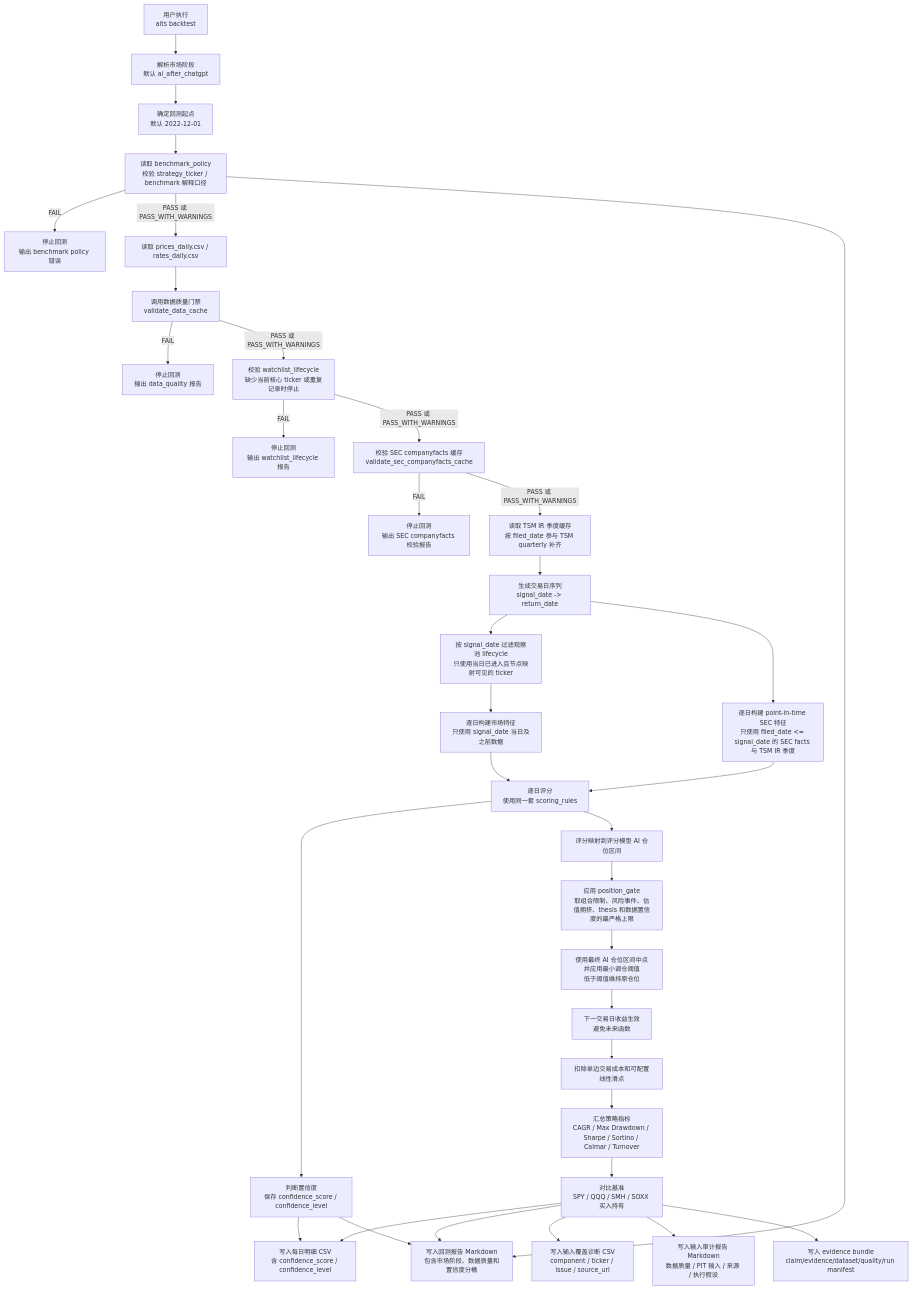
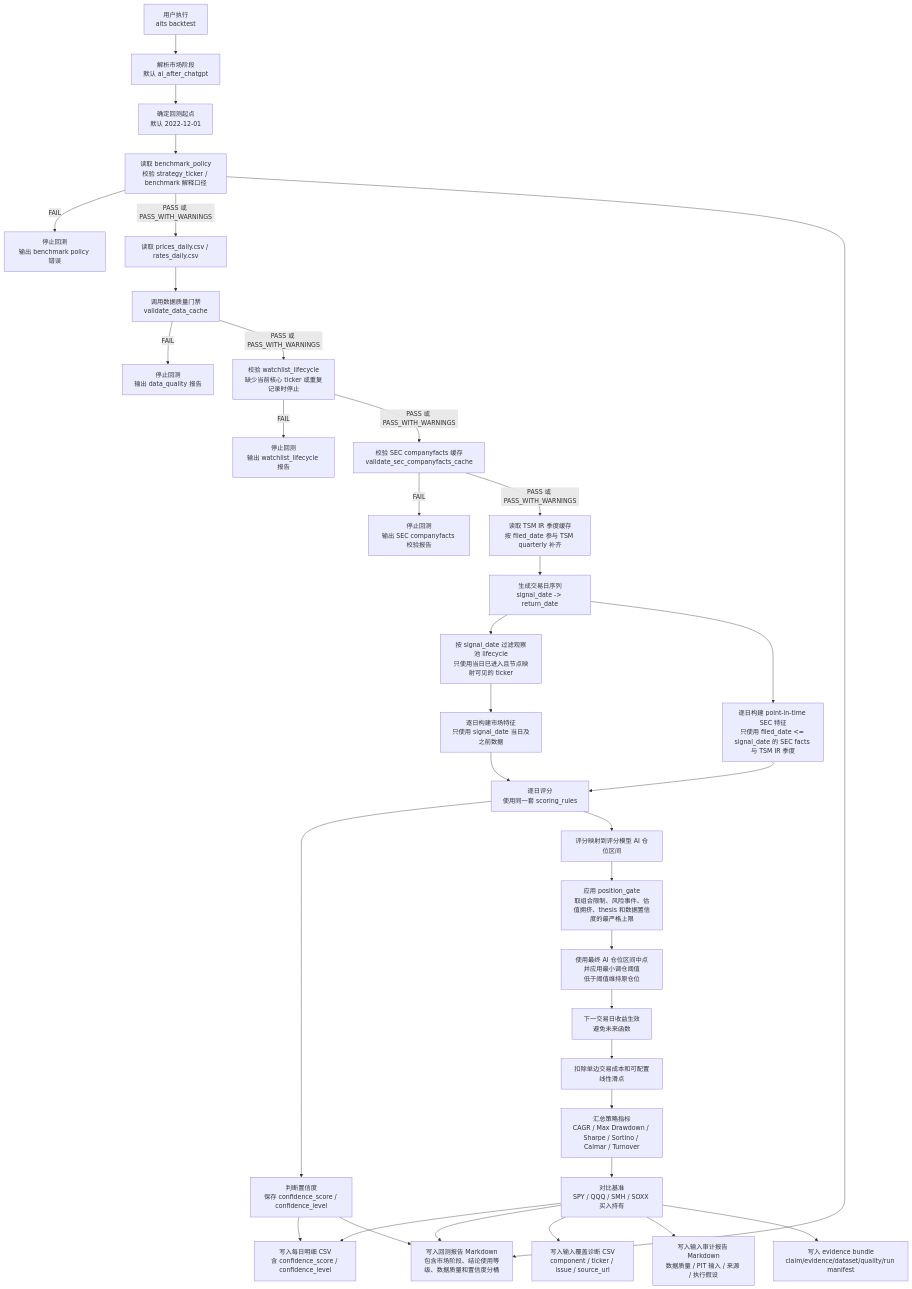
Before and after one commit to AI-Trading-Collaboration/AITradingSystem: the third of 6 diagrams in docs/system_flow.md, drawn with Mermaid. The commit also changed other lines of this file and 8 other files, not shown here.

````diff
--- a/docs/system_flow.md
+++ b/docs/system_flow.md
@@ -569,37 +569,37 @@
 ```mermaid
 flowchart TD
     A["用户执行<br/>aits backtest"] --> B["解析市场阶段<br/>默认 ai_after_chatgpt"]
     B --> C["确定回测起点<br/>默认 2022-12-01"]
     C --> BP0["读取 benchmark_policy<br/>校验 strategy_ticker / benchmark 解释口径"]
     BP0 -->|FAIL| BPF["停止回测<br/>输出 benchmark policy 错误"]
     BP0 -->|PASS 或 PASS_WITH_WARNINGS| D["读取 prices_daily.csv / rates_daily.csv"]
     D --> E["调用数据质量门禁<br/>validate_data_cache"]
     E -->|FAIL| F["停止回测<br/>输出 data_quality 报告"]
     E -->|PASS 或 PASS_WITH_WARNINGS| W0["校验 watchlist_lifecycle<br/>缺少当前核心 ticker 或重复记录时停止"]
     W0 -->|FAIL| WF["停止回测<br/>输出 watchlist_lifecycle 报告"]
     W0 -->|PASS 或 PASS_WITH_WARNINGS| S1["校验 SEC companyfacts 缓存<br/>validate_sec_companyfacts_cache"]
     S1 -->|FAIL| S2["停止回测<br/>输出 SEC companyfacts 校验报告"]
     S1 -->|PASS 或 PASS_WITH_WARNINGS| TSM["读取 TSM IR 季度缓存<br/>按 filed_date 参与 TSM quarterly 补齐"]
     TSM --> G["生成交易日序列<br/>signal_date -> return_date"]
     G --> WL0["按 signal_date 过滤观察池 lifecycle<br/>只使用当日已进入且节点映射可见的 ticker"]
     WL0 --> H["逐日构建市场特征<br/>只使用 signal_date 当日及之前数据"]
     G --> H2["逐日构建 point-in-time SEC 特征<br/>只使用 filed_date <= signal_date 的 SEC facts 与 TSM IR 季度"]
     H --> I["逐日评分<br/>使用同一套 scoring_rules"]
     H2 --> I
     I --> C0["判断置信度<br/>保存 confidence_score / confidence_level"]
     I --> J["评分映射到评分模型 AI 仓位区间"]
     J --> PG["应用 position_gate<br/>取组合限制、风险事件、估值拥挤、thesis 和数据置信度的最严格上限"]
     PG --> K["使用最终 AI 仓位区间中点并应用最小调仓阈值<br/>低于阈值维持原仓位"]
     K --> L["下一交易日收益生效<br/>避免未来函数"]
     L --> M["扣除单边交易成本和可配置线性滑点"]
     M --> N["汇总策略指标<br/>CAGR / Max Drawdown / Sharpe / Sortino / Calmar / Turnover"]
     N --> O["对比基准<br/>SPY / QQQ / SMH / SOXX 买入持有"]
     BP0 --> Q
     C0 --> P["写入每日明细 CSV<br/>含 confidence_score / confidence_level"]
     O --> P
-    O --> Q["写入回测报告 Markdown<br/>包含市场阶段、数据质量和置信度分桶"]
+    O --> Q["写入回测报告 Markdown<br/>包含市场阶段、结论使用等级、数据质量和置信度分桶"]
     C0 --> Q
     O --> R["写入输入覆盖诊断 CSV<br/>component / ticker / issue / source_url"]
     O --> S["写入输入审计报告 Markdown<br/>数据质量 / PIT 输入 / 来源 / 执行假设"]
     O --> T["写入 evidence bundle<br/>claim/evidence/dataset/quality/run manifest"]
 ```
````
